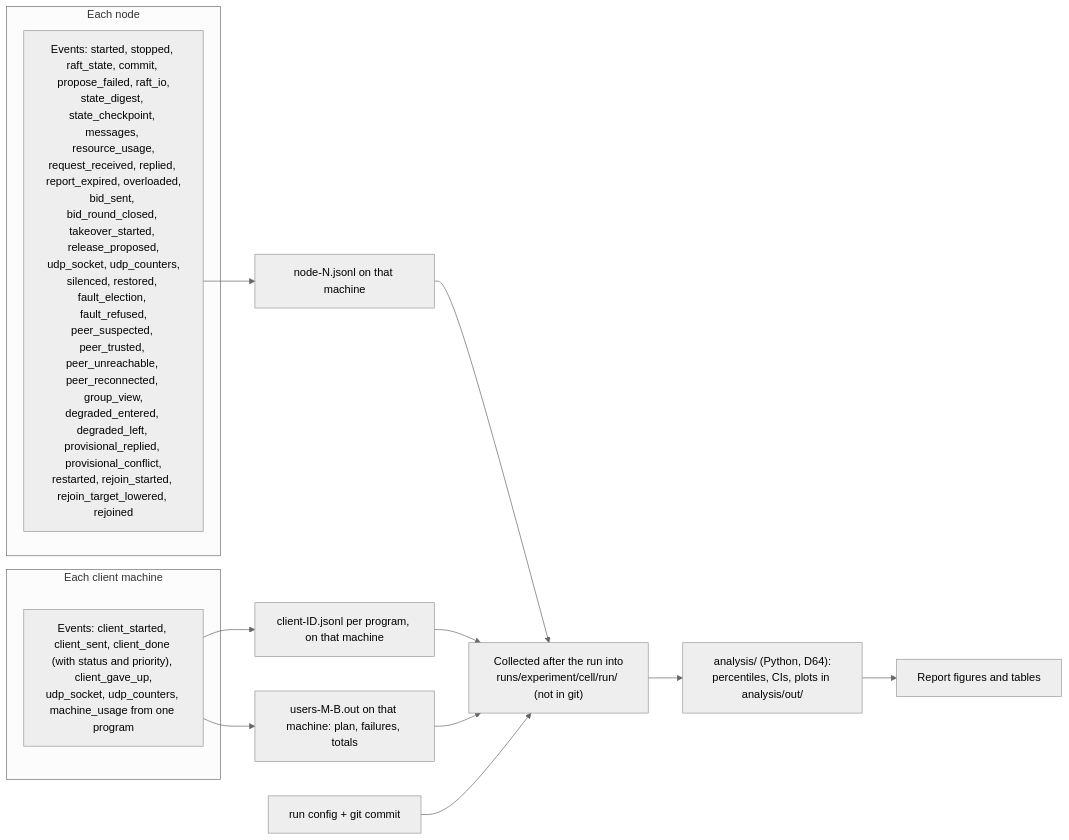
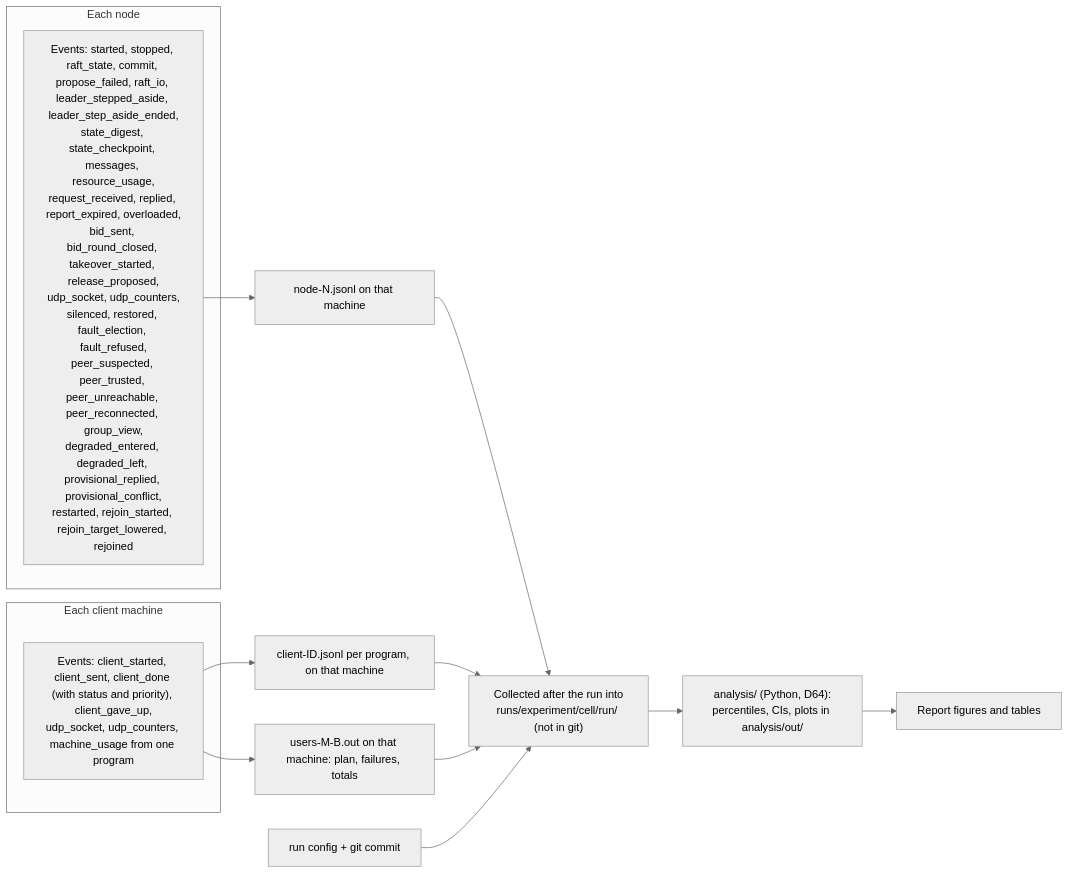
Before and after one commit to noortaytoy1/DistributedSystems: diagram 46 of 48 in docs/architecture.md, drawn with Mermaid (neutral theme). The commit also changed other lines of this file and 7 other files, not shown here.

First line of the commit message:
Record the step-aside: D218, the diagrams and the demo scene

````diff
--- a/docs/architecture.md
+++ b/docs/architecture.md
@@ -1776,18 +1847,18 @@
 ```mermaid
 flowchart LR
     subgraph NODE["Each node"]
-        NE["Events: started, stopped, raft_state, commit, propose_failed, raft_io,<br/>state_digest, state_checkpoint, messages, resource_usage,<br/>request_received, replied, report_expired, overloaded,<br/>bid_sent, bid_round_closed, takeover_started, release_proposed,<br/>udp_socket, udp_counters,<br/>silenced, restored, fault_election, fault_refused,<br/>peer_suspected, peer_trusted, peer_unreachable, peer_reconnected, group_view,<br/>degraded_entered, degraded_left, provisional_replied, provisional_conflict,<br/>restarted, rejoin_started, rejoin_target_lowered, rejoined"]
+        NE["Events: started, stopped, raft_state, commit, propose_failed, raft_io, leader_stepped_aside, leader_step_aside_ended,<br/>state_digest, state_checkpoint, messages, resource_usage,<br/>request_received, replied, report_expired, overloaded,<br/>bid_sent, bid_round_closed, takeover_started, release_proposed,<br/>udp_socket, udp_counters,<br/>silenced, restored, fault_election, fault_refused,<br/>peer_suspected, peer_trusted, peer_unreachable, peer_reconnected, group_view,<br/>degraded_entered, degraded_left, provisional_replied, provisional_conflict,<br/>restarted, rejoin_started, rejoin_target_lowered, rejoined"]
     end
     subgraph CLIENT["Each client machine"]
         CE["Events: client_started, client_sent, client_done (with status and priority), client_gave_up,<br/>udp_socket, udp_counters, machine_usage from one program"]
     end
     NE --> NF["node-N.jsonl on that machine"]
     CE --> CF["client-ID.jsonl per program, on that machine"]
     NF --> COL["Collected after the run into<br/>runs/experiment/cell/run/ (not in git)"]
     CF --> COL
     CE --> CO["users-M-B.out on that machine: plan, failures, totals"]
     CO --> COL
     CFG["run config + git commit"] --> COL
     COL --> AN["analysis/ (Python, D64):<br/>percentiles, CIs, plots in analysis/out/"]
     AN --> REP["Report figures and tables"]
 ```
````
